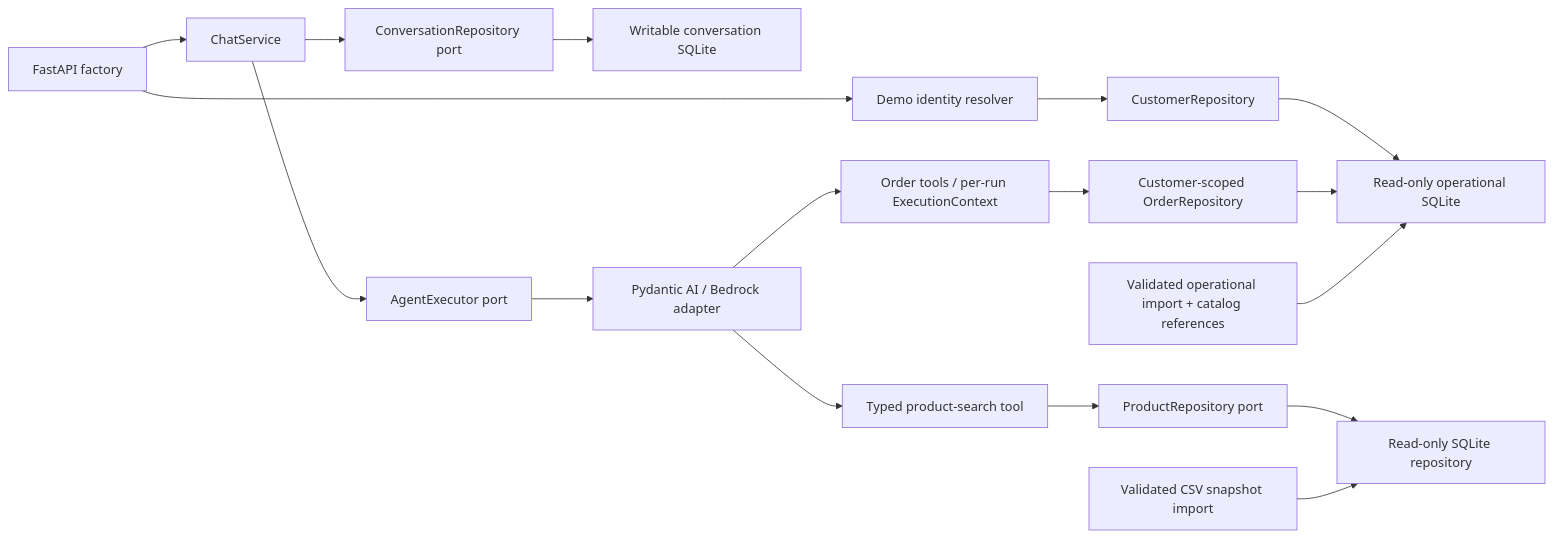
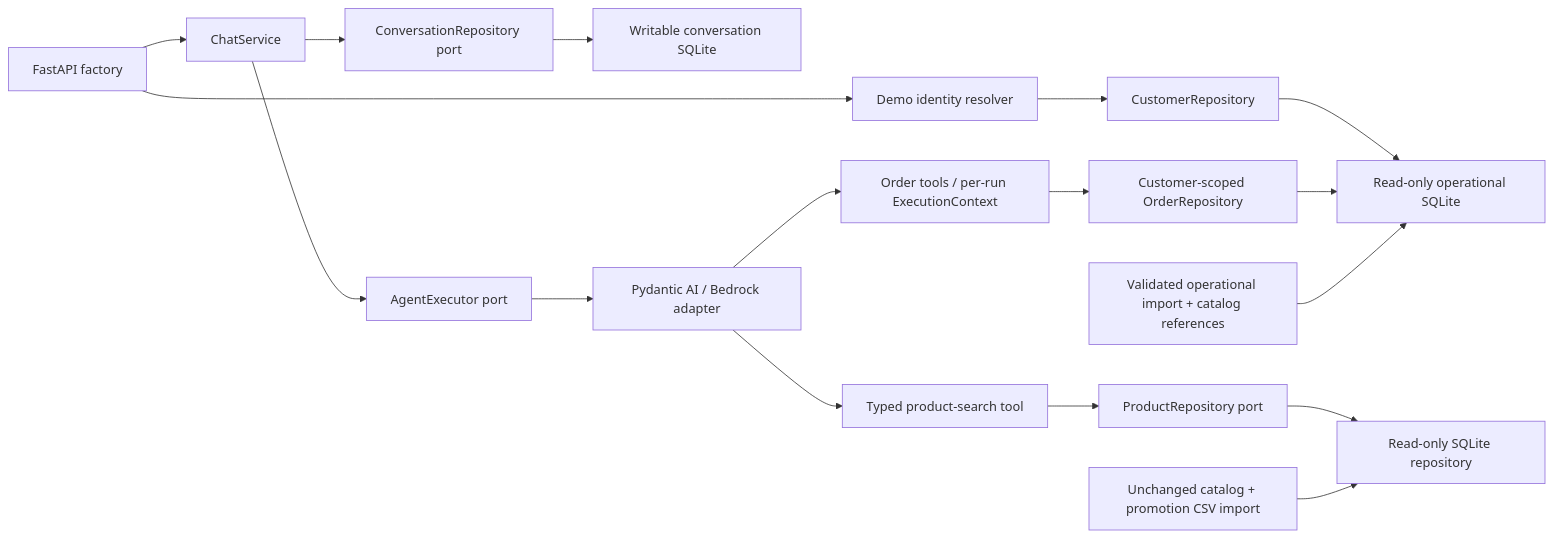
Before and after one commit to rafaself/atf-ai-engineer-challenge: the diagram in docs/architecture.md, drawn with Mermaid. The commit also changed other lines of this file and 9 other files, not shown here.

````diff
--- a/docs/architecture.md
+++ b/docs/architecture.md
@@ -6,19 +6,19 @@
 ```mermaid
 flowchart LR
     HTTP[FastAPI factory] --> Identity[Demo identity resolver]
     Identity --> Customers[CustomerRepository]
     Customers --> Operations[Read-only operational SQLite]
     HTTP --> Service[ChatService]
     Service --> Executor[AgentExecutor port]
     Service --> History[ConversationRepository port]
     History --> Sessions[Writable conversation SQLite]
     Executor --> Adapter[Pydantic AI / Bedrock adapter]
     Adapter --> Tool[Typed product-search tool]
     Adapter --> Orders[Order tools / per-run ExecutionContext]
     Orders --> OrderPort[Customer-scoped OrderRepository]
     OrderPort --> Operations
     OperationalCSV[Validated operational import + catalog references] --> Operations
     Tool --> Port[ProductRepository port]
     Port --> SQLite[Read-only SQLite repository]
-    CSV[Validated CSV snapshot import] --> SQLite
+    CSV[Unchanged catalog + promotion CSV import] --> SQLite
 ```
````
